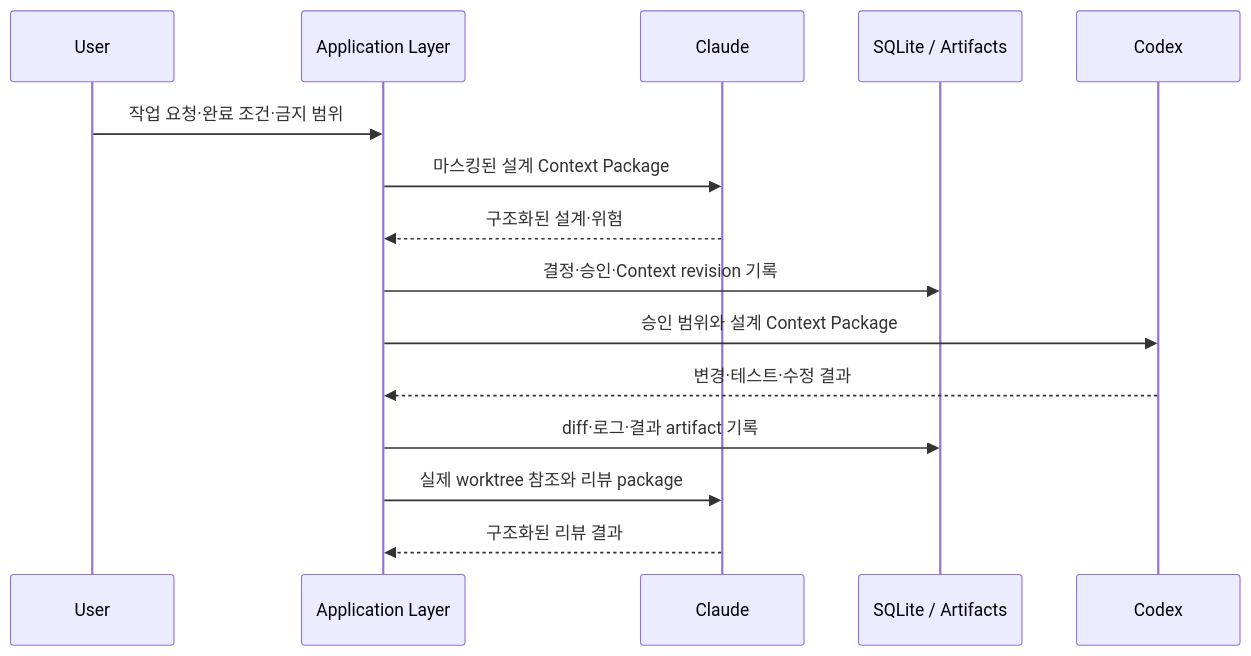
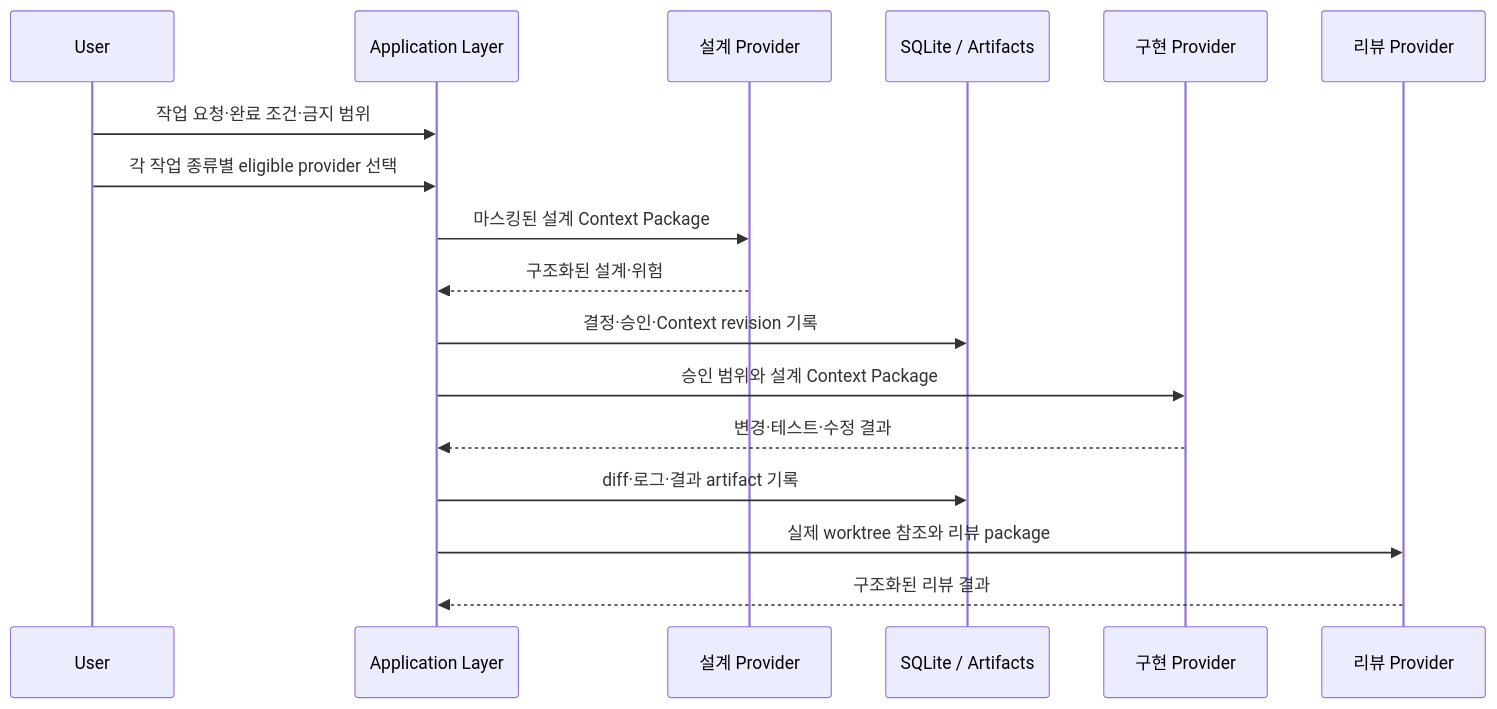
One commit to minsangOh/ChatOMS changed the second of 2 diagrams in docs/ARCHITECTURE.md. Above: the diagram before and after it, drawn with Mermaid. The commit also changed other lines of this file and 54 other files, not shown here.

````diff
--- a/docs/ARCHITECTURE.md
+++ b/docs/ARCHITECTURE.md
@@ -112,18 +117,20 @@
 ```mermaid
 sequenceDiagram
     participant User
     participant App as Application Layer
-    participant Claude
+    participant DP as 설계 Provider
     participant Store as SQLite / Artifacts
-    participant Codex
+    participant IP as 구현 Provider
+    participant RP as 리뷰 Provider
 
     User->>App: 작업 요청·완료 조건·금지 범위
-    App->>Claude: 마스킹된 설계 Context Package
-    Claude-->>App: 구조화된 설계·위험
+    User->>App: 각 작업 종류별 eligible provider 선택
+    App->>DP: 마스킹된 설계 Context Package
+    DP-->>App: 구조화된 설계·위험
     App->>Store: 결정·승인·Context revision 기록
-    App->>Codex: 승인 범위와 설계 Context Package
-    Codex-->>App: 변경·테스트·수정 결과
+    App->>IP: 승인 범위와 설계 Context Package
+    IP-->>App: 변경·테스트·수정 결과
     App->>Store: diff·로그·결과 artifact 기록
-    App->>Claude: 실제 worktree 참조와 리뷰 package
-    Claude-->>App: 구조화된 리뷰 결과
+    App->>RP: 실제 worktree 참조와 리뷰 package
+    RP-->>App: 구조화된 리뷰 결과
 ```
````
